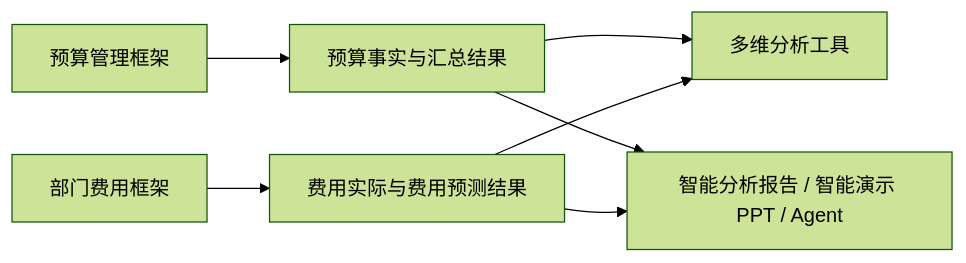
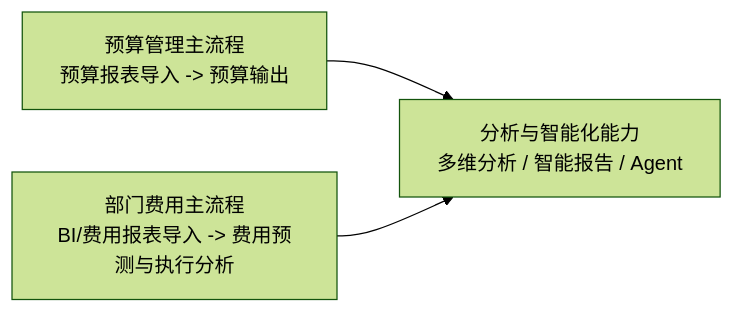
One commit to wuzhideren5-glitch/banking-budget-system-demo changed the third of 3 diagrams in docs/superpowers/specs/2026-06-12-business-framework-layered-design.md. Above: the diagram before and after it, drawn with Mermaid (forest theme). The commit also changed other lines of this file and 1 other file, not shown here.

````diff
--- a/docs/superpowers/specs/2026-06-12-business-framework-layered-design.md
+++ b/docs/superpowers/specs/2026-06-12-business-framework-layered-design.md
@@ -450,9 +134,9 @@
 ```mermaid
 flowchart LR
-  A["预算管理框架"] --> C["预算事实与汇总结果"]
-  B["部门费用框架"] --> D["费用实际与费用预测结果"]
-  C --> E["多维分析工具"]
-  D --> E
-  C --> F["智能分析报告 / 智能演示 PPT / Agent"]
-  D --> F
+  A["预算管理主流程<br/>预算报表导入 -> 预算输出"]
+  B["部门费用主流程<br/>BI/费用报表导入 -> 费用预测与执行分析"]
+  C["分析与智能化能力<br/>多维分析 / 智能报告 / Agent"]
+
+  A --> C
+  B --> C
 ```
````
